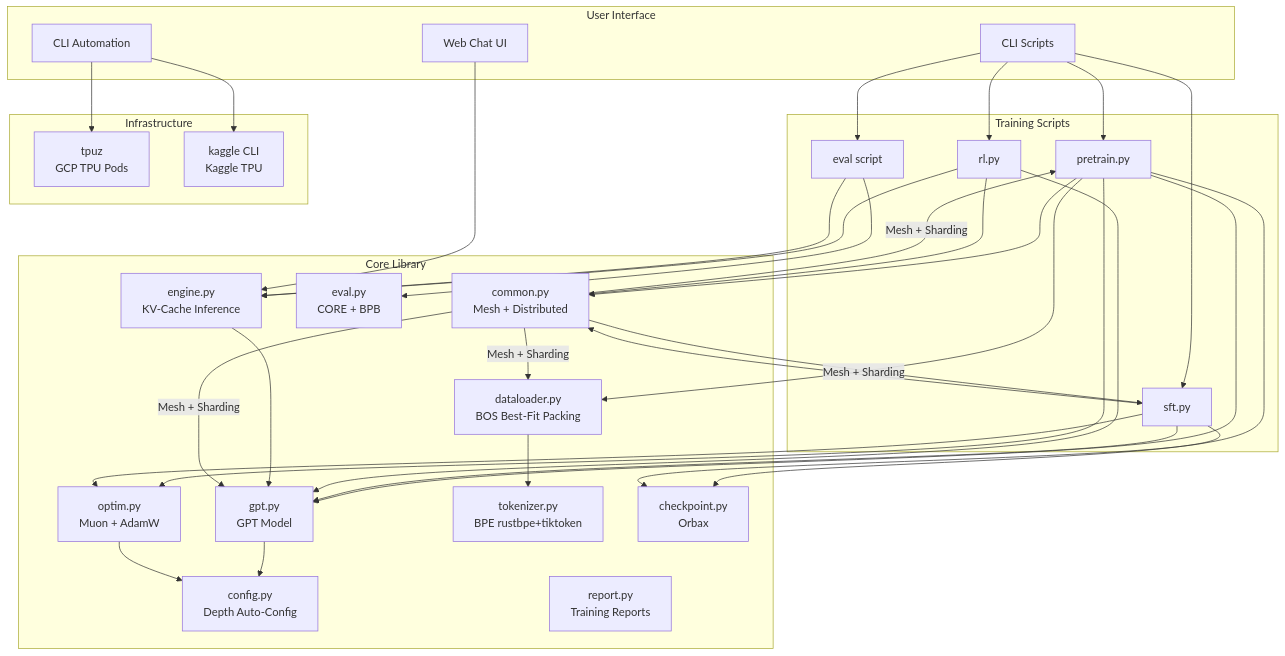
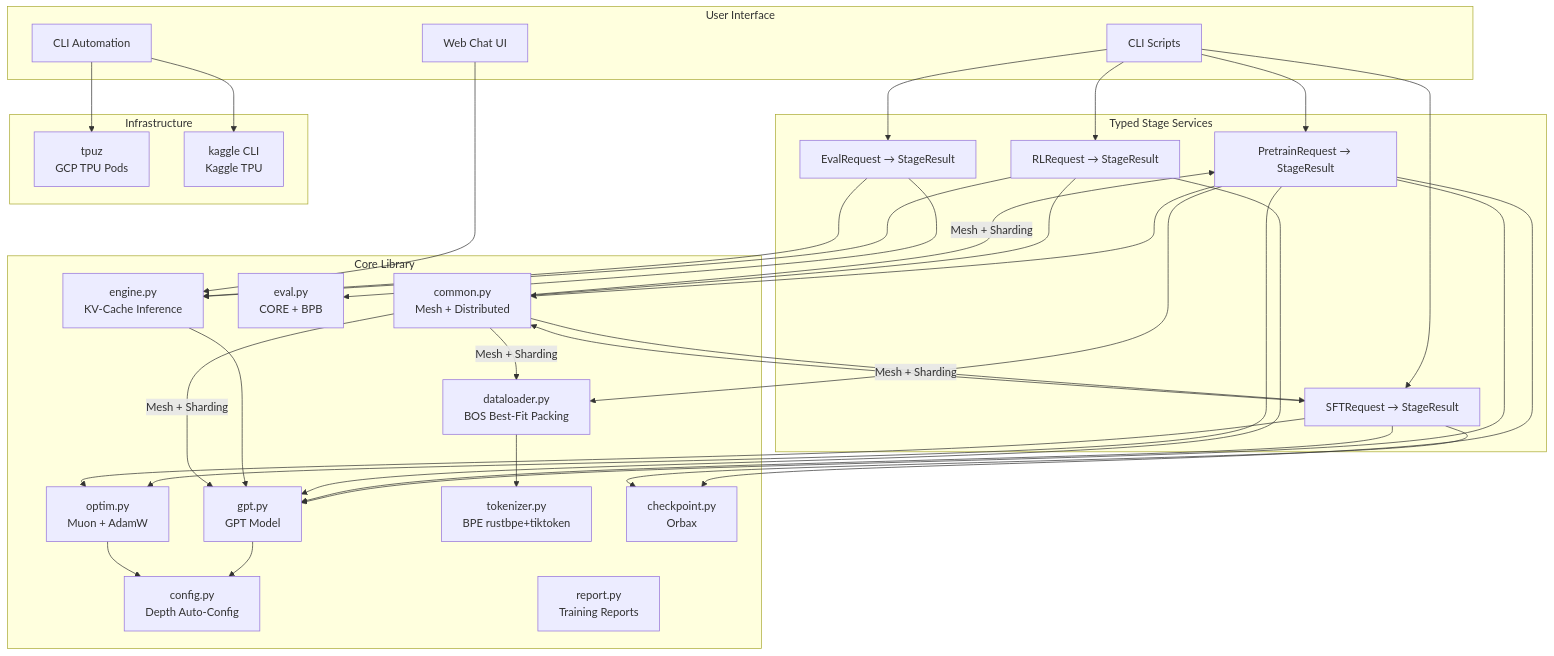
Before and after one commit to mlnomadpy/flaxchat: the first of 5 diagrams in docs/architecture.md, drawn with Mermaid. The commit also changed other lines of this file and 26 other files, not shown here.

````diff
--- a/docs/architecture.md
+++ b/docs/architecture.md
@@ -13,49 +13,49 @@
 ```mermaid
 graph TD
     subgraph "User Interface"
         CLI[CLI Scripts]
         WEB[Web Chat UI]
         AUTOMATION[CLI Automation]
     end
 
     subgraph "Core Library"
         GPT[gpt.py<br/>GPT Model]
         OPT[optim.py<br/>Muon + AdamW]
         DL[dataloader.py<br/>BOS Best-Fit Packing]
         TOK[tokenizer.py<br/>BPE rustbpe+tiktoken]
         ENG[engine.py<br/>KV-Cache Inference]
         EVAL[eval.py<br/>CORE + BPB]
         CKPT[checkpoint.py<br/>Orbax]
         CFG[config.py<br/>Depth Auto-Config]
         COMMON[common.py<br/>Mesh + Distributed]
         REPORT[report.py<br/>Training Reports]
     end
 
-    subgraph "Training Scripts"
-        PT[pretrain.py]
-        SFT[sft.py]
-        RL[rl.py]
-        EV[eval script]
+    subgraph "Typed Stage Services"
+        PT[PretrainRequest → StageResult]
+        SFT[SFTRequest → StageResult]
+        RL[RLRequest → StageResult]
+        EV[EvalRequest → StageResult]
     end
 
     subgraph "Infrastructure"
         TPU[tpuz<br/>GCP TPU Pods]
         KAGGLE[kaggle CLI<br/>Kaggle TPU]
     end
 
     CLI --> PT & SFT & RL & EV
     WEB --> ENG
     AUTOMATION --> TPU & KAGGLE
 
     PT --> GPT & OPT & DL & COMMON & CKPT
     SFT --> GPT & OPT & COMMON & CKPT
     RL --> GPT & ENG & COMMON
 
     GPT --> CFG
     OPT --> CFG
     DL --> TOK
     ENG --> GPT
     EV --> ENG & EVAL
 
     COMMON --> |"Mesh + Sharding"| GPT & DL & PT & SFT
 ```
````
